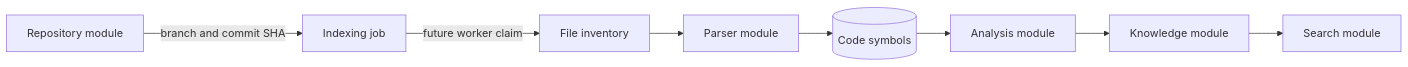
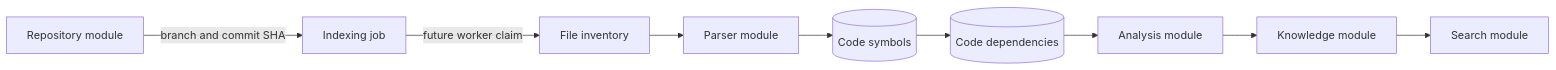
One commit to Pradeep1816/codemind-api changed the first of 2 diagrams in docs/02-core-modules/indexing.md. Above: the diagram before and after it, drawn with Mermaid. The commit also changed other lines of this file and 22 other files, not shown here.

First line of the commit message:
feat(indexing): build versioned code dependency graph

````diff
--- a/docs/02-core-modules/indexing.md
+++ b/docs/02-core-modules/indexing.md
@@ -83,10 +87,11 @@
 ```mermaid
 flowchart LR
     Repo[Repository module] -->|branch and commit SHA| Job[Indexing job]
     Job -->|future worker claim| Scanner[File inventory]
     Scanner --> Parser[Parser module]
     Parser --> Symbols[(Code symbols)]
-    Symbols --> Analysis[Analysis module]
+    Symbols --> Graph[(Code dependencies)]
+    Graph --> Analysis[Analysis module]
     Analysis --> Knowledge[Knowledge module]
     Knowledge --> Search[Search module]
 ```
````
